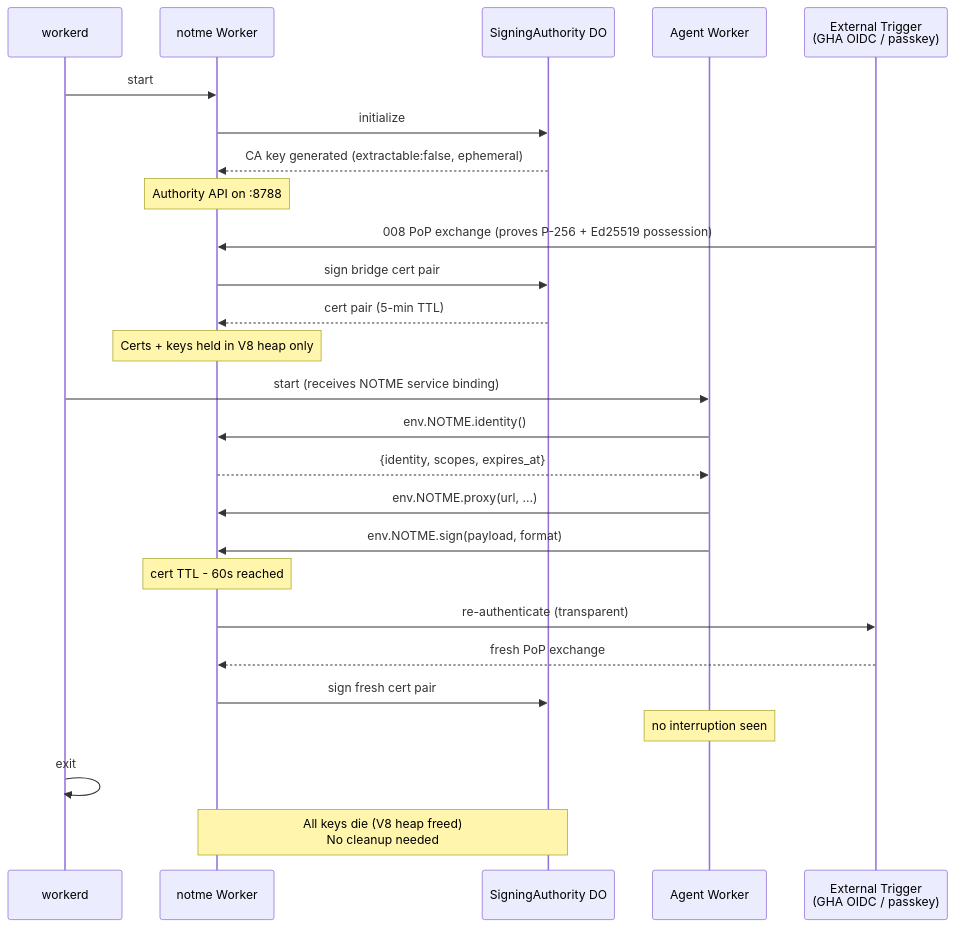
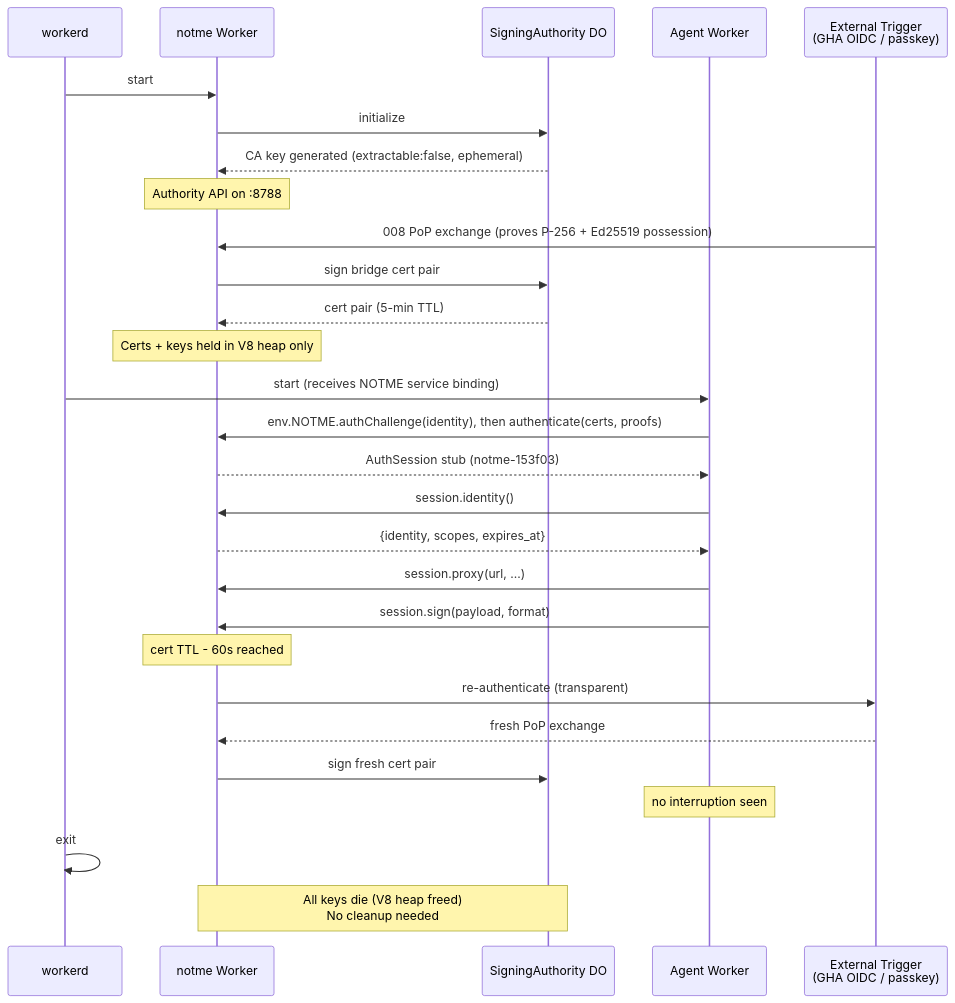
Before and after one commit to agentic-research/notme: the fourth of 4 diagrams in docs/design/009-identity-gated-runtime.md, drawn with Mermaid. The commit also changed other lines of this file and 17 other files, not shown here.

First line of the commit message:
[notme-153f03] fix(worker): authenticate() returns an AuthSession; proxy/sign live on it

````diff
--- a/docs/design/009-identity-gated-runtime.md
+++ b/docs/design/009-identity-gated-runtime.md
@@ -571,33 +685,35 @@
 ```mermaid
 sequenceDiagram
     participant WD as workerd
     participant NW as notme Worker
     participant SA as SigningAuthority DO
     participant AW as Agent Worker
     participant EXT as External Trigger<br/>(GHA OIDC / passkey)
 
     WD->>NW: start
     NW->>SA: initialize
     SA-->>NW: CA key generated (extractable:false, ephemeral)
     Note over NW: Authority API on :8788
 
     EXT->>NW: 008 PoP exchange (proves P-256 + Ed25519 possession)
     NW->>SA: sign bridge cert pair
     SA-->>NW: cert pair (5-min TTL)
     Note over NW: Certs + keys held in V8 heap only
 
     WD->>AW: start (receives NOTME service binding)
-    AW->>NW: env.NOTME.identity()
+    AW->>NW: env.NOTME.authChallenge(identity), then authenticate(certs, proofs)
+    NW-->>AW: AuthSession stub (notme-153f03)
+    AW->>NW: session.identity()
     NW-->>AW: {identity, scopes, expires_at}
-    AW->>NW: env.NOTME.proxy(url, ...)
-    AW->>NW: env.NOTME.sign(payload, format)
+    AW->>NW: session.proxy(url, ...)
+    AW->>NW: session.sign(payload, format)
 
     Note over NW: cert TTL - 60s reached
     NW->>EXT: re-authenticate (transparent)
     EXT-->>NW: fresh PoP exchange
     NW->>SA: sign fresh cert pair
     Note over AW: no interruption seen
 
     WD->>WD: exit
     Note over NW,SA: All keys die (V8 heap freed)<br/>No cleanup needed
 ```
````
